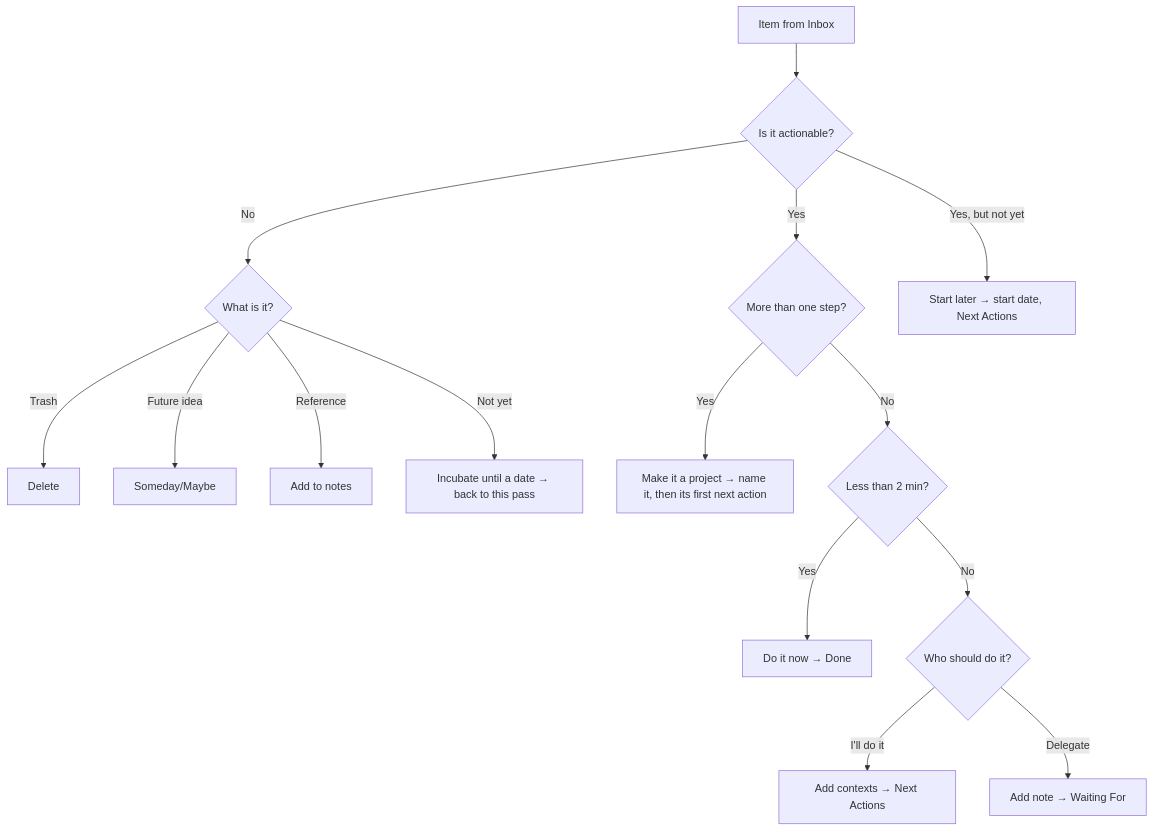
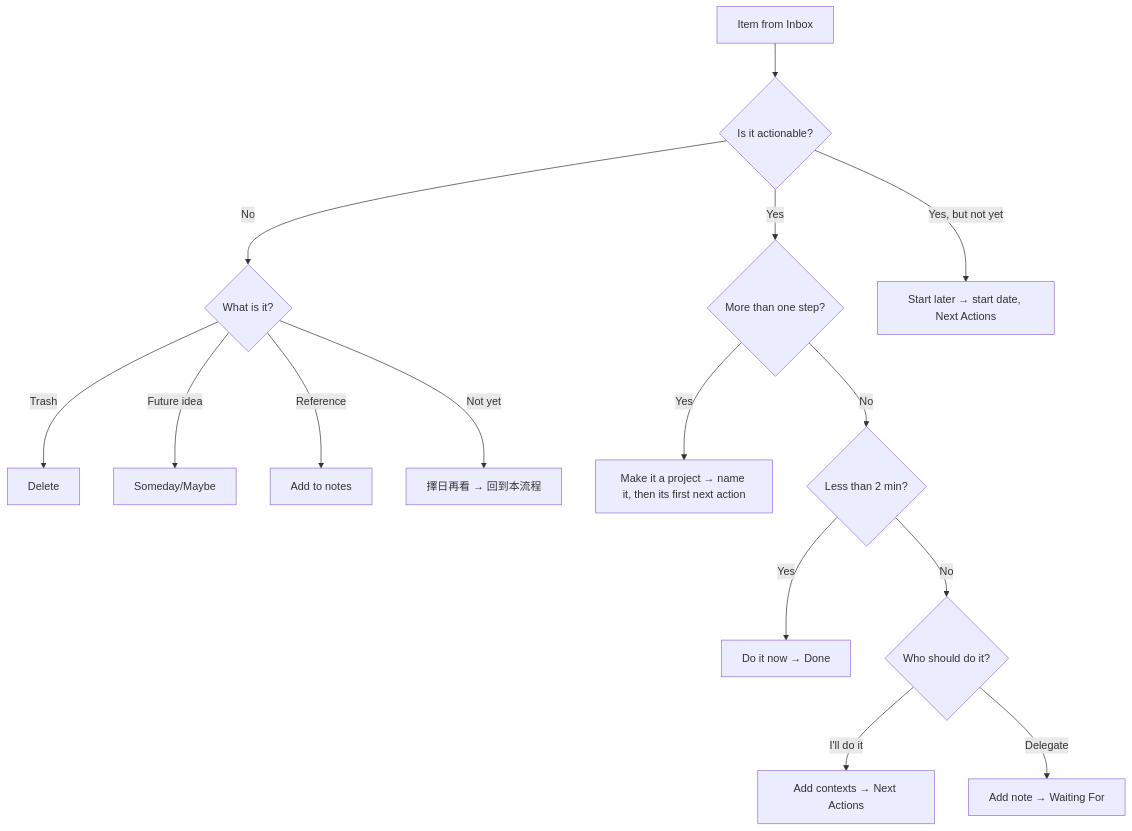
Before and after one commit to dongdongbh/mindwtr-web: the diagram in docs/zh-Hant/use/gtd-workflow.md, drawn with Mermaid. The commit also changed other lines of this file and 1 other file, not shown here.

````diff
--- a/docs/zh-Hant/use/gtd-workflow.md
+++ b/docs/zh-Hant/use/gtd-workflow.md
@@ -93,17 +93,17 @@
 ```mermaid
 flowchart TD
     A[Item from Inbox] --> B{Is it actionable?}
     B -->|No| C{What is it?}
     C -->|Trash| D[Delete]
     C -->|Future idea| E[Someday/Maybe]
     C -->|Reference| F[Add to notes]
-    C -->|Not yet| N[Incubate until a date → back to this pass]
+    C -->|Not yet| N[擇日再看 → 回到本流程]
     B -->|Yes| P{More than one step?}
     B -->|Yes, but not yet| S[Start later → start date, Next Actions]
     P -->|Yes| Q[Make it a project → name it, then its first next action]
     P -->|No| G{Less than 2 min?}
     G -->|Yes| H[Do it now → Done]
     G -->|No| I{Who should do it?}
     I -->|I'll do it| J[Add contexts → Next Actions]
     I -->|Delegate| K[Add note → Waiting For]
 ```
````
